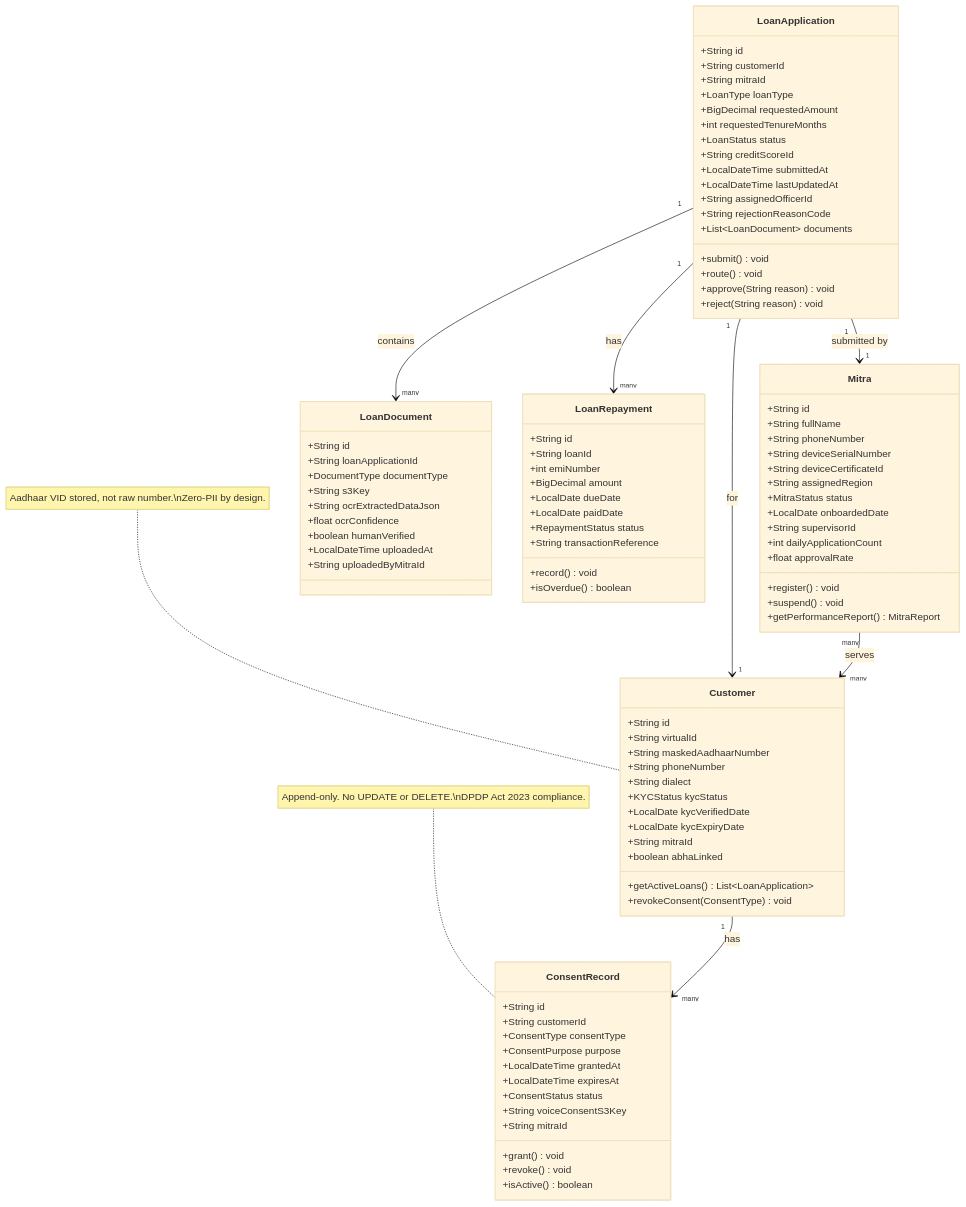
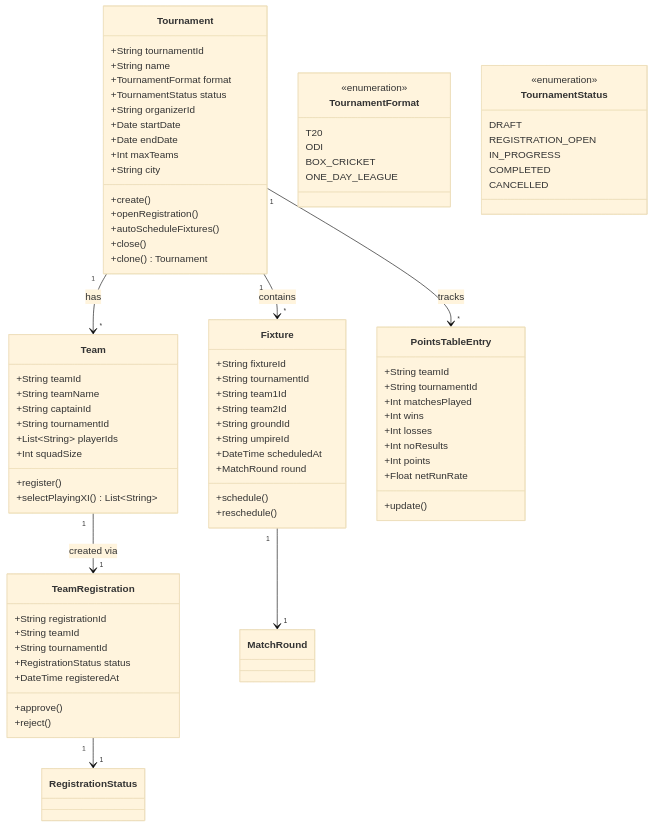
The second of 5 diagrams in CLASS_DIAGRAM.md (adityasinghz/kata), drawn with Mermaid (base theme) before and after one commit. The commit also changed other lines of this file and 25 other files, not shown here.

````diff
--- a/CLASS_DIAGRAM.md
+++ b/CLASS_DIAGRAM.md
@@ -16,104 +85,89 @@
 ```mermaid
 classDiagram
-    class Mitra {
-        +String id
-        +String fullName
-        +String phoneNumber
-        +String deviceSerialNumber
-        +String deviceCertificateId
-        +String assignedRegion
-        +MitraStatus status
-        +LocalDate onboardedDate
-        +String supervisorId
-        +int dailyApplicationCount
-        +float approvalRate
-        +register() void
-        +suspend() void
-        +getPerformanceReport() MitraReport
+    class Tournament {
+        +String tournamentId
+        +String name
+        +TournamentFormat format
+        +TournamentStatus status
+        +String organizerId
+        +Date startDate
+        +Date endDate
+        +Int maxTeams
+        +String city
+        +create()
+        +openRegistration()
+        +autoScheduleFixtures()
+        +close()
+        +clone() Tournament
     }
 
-    class Customer {
-        +String id
-        +String virtualId
-        +String maskedAadhaarNumber
-        +String phoneNumber
-        +String dialect
-        +KYCStatus kycStatus
-        +LocalDate kycVerifiedDate
-        +LocalDate kycExpiryDate
-        +String mitraId
-        +boolean abhaLinked
-        +getActiveLoans() List~LoanApplication~
-        +revokeConsent(ConsentType) void
+    class TournamentFormat {
+        <<enumeration>>
+        T20
+        ODI
+        BOX_CRICKET
+        ONE_DAY_LEAGUE
     }
 
-    class LoanApplication {
-        +String id
-        +String customerId
-        +String mitraId
-        +LoanType loanType
-        +BigDecimal requestedAmount
-        +int requestedTenureMonths
-        +LoanStatus status
-        +String creditScoreId
-        +LocalDateTime submittedAt
-        +LocalDateTime lastUpdatedAt
-        +String assignedOfficerId
-        +String rejectionReasonCode
-        +List~LoanDocument~ documents
-        +submit() void
-        +route() void
-        +approve(String reason) void
-        +reject(String reason) void
+    class TournamentStatus {
+        <<enumeration>>
+        DRAFT
+        REGISTRATION_OPEN
+        IN_PROGRESS
+        COMPLETED
+        CANCELLED
     }
 
-    class LoanDocument {
-        +String id
-        +String loanApplicationId
-        +DocumentType documentType
-        +String s3Key
-        +String ocrExtractedDataJson
-        +float ocrConfidence
-        +boolean humanVerified
-        +LocalDateTime uploadedAt
-        +String uploadedByMitraId
+    class Team {
+        +String teamId
+        +String teamName
+        +String captainId
+        +String tournamentId
+        +List~String~ playerIds
+        +Int squadSize
+        +register()
+        +selectPlayingXI() List~String~
     }
 
-    class ConsentRecord {
-        +String id
-        +String customerId
-        +ConsentType consentType
-        +ConsentPurpose purpose
-        +LocalDateTime grantedAt
-        +LocalDateTime expiresAt
-        +ConsentStatus status
-        +String voiceConsentS3Key
-        +String mitraId
-        +grant() void
-        +revoke() void
-        +isActive() boolean
+    class TeamRegistration {
+        +String registrationId
+        +String teamId
+        +String tournamentId
+        +RegistrationStatus status
+        +DateTime registeredAt
+        +approve()
+        +reject()
     }
 
-    class LoanRepayment {
-        +String id
-        +String loanId
-        +int emiNumber
-        +BigDecimal amount
-        +LocalDate dueDate
-        +LocalDate paidDate
-        +RepaymentStatus status
-        +String transactionReference
-        +record() void
-        +isOverdue() boolean
+    class Fixture {
+        +String fixtureId
+        +String tournamentId
+        +String team1Id
+        +String team2Id
+        +String groundId
+        +String umpireId
+        +DateTime scheduledAt
+        +MatchRound round
+        +schedule()
+        +reschedule()
     }
 
-    LoanApplication "1" --> "many" LoanDocument : contains
-    LoanApplication "1" --> "1" Customer : for
-    LoanApplication "1" --> "1" Mitra : submitted by
-    LoanApplication "1" --> "many" LoanRepayment : has
-    Customer "1" --> "many" ConsentRecord : has
-    Mitra "many" --> "many" Customer : serves
+    class PointsTableEntry {
+        +String teamId
+        +String tournamentId
+        +Int matchesPlayed
+        +Int wins
+        +Int losses
+        +Int noResults
+        +Int points
+        +Float netRunRate
+        +update()
+    }
 
-    note for ConsentRecord "Append-only. No UPDATE or DELETE.\nDPDP Act 2023 compliance."
-    note for Customer "Aadhaar VID stored, not raw number.\nZero-PII by design."
+    Tournament "1" --> "*" Team : has
+    Tournament "1" --> "*" Fixture : contains
+    Tournament "1" --> "*" PointsTableEntry : tracks
+    Team "1" --> "1" TeamRegistration : created via
+    TeamRegistration "1" --> "1" RegistrationStatus
+    Fixture "1" --> "1" MatchRound
 ```
````
